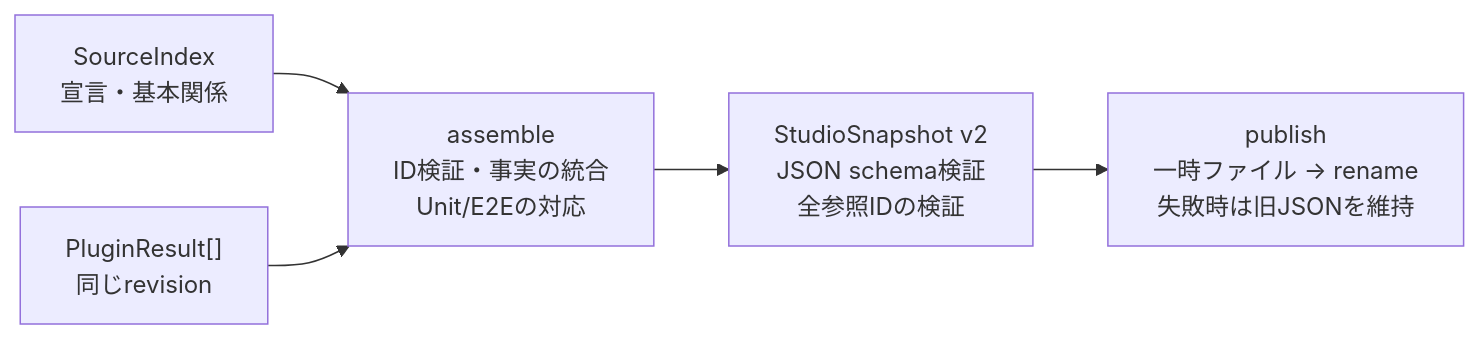
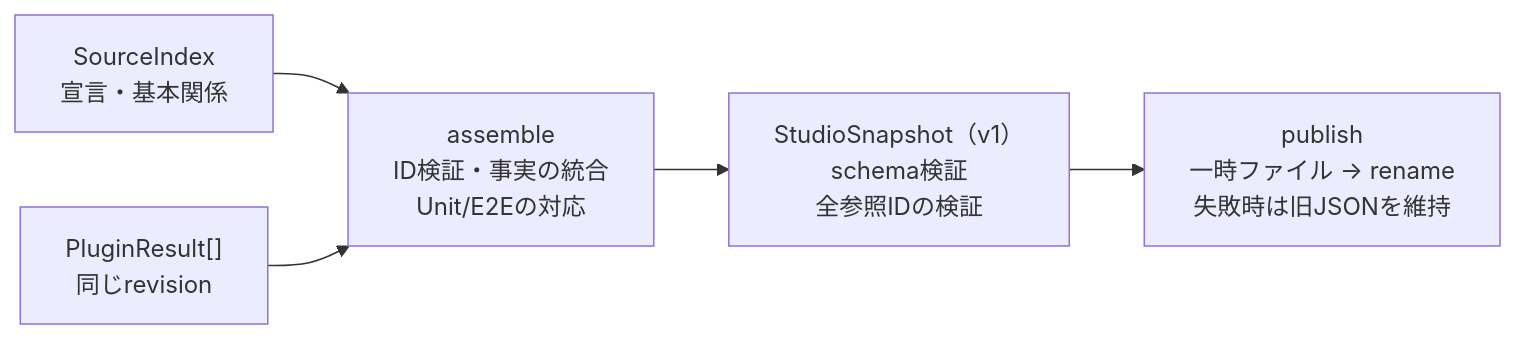
Diagram 12 of 13 in mocks/studio-spatial/generic-extraction-design.md (zeltjs/zelt), drawn with Mermaid before and after one commit. The commit also changed other lines of this file, not shown here.

First line of the commit message:
[wip] restructure studio extraction design around policies

```diff
--- a/mocks/studio-spatial/generic-extraction-design.md
+++ b/mocks/studio-spatial/generic-extraction-design.md
@@ -767,7 +1051,7 @@
 ~~~mermaid
 flowchart LR
   I["SourceIndex<br/>宣言・基本関係"] --> A["assemble<br/>ID検証・事実の統合<br/>Unit/E2Eの対応"]
   P["PluginResult[]<br/>同じrevision"] --> A
-  A --> J["StudioSnapshot v2<br/>JSON schema検証<br/>全参照IDの検証"]
+  A --> J["StudioSnapshot（v1）<br/>schema検証<br/>全参照IDの検証"]
   J --> O["publish<br/>一時ファイル → rename<br/>失敗時は旧JSONを維持"]
 ~~~
```
